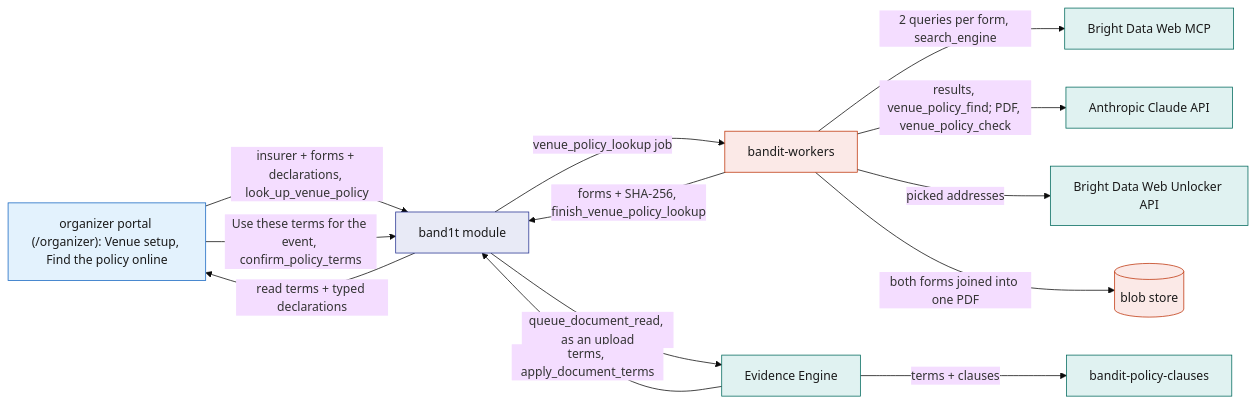
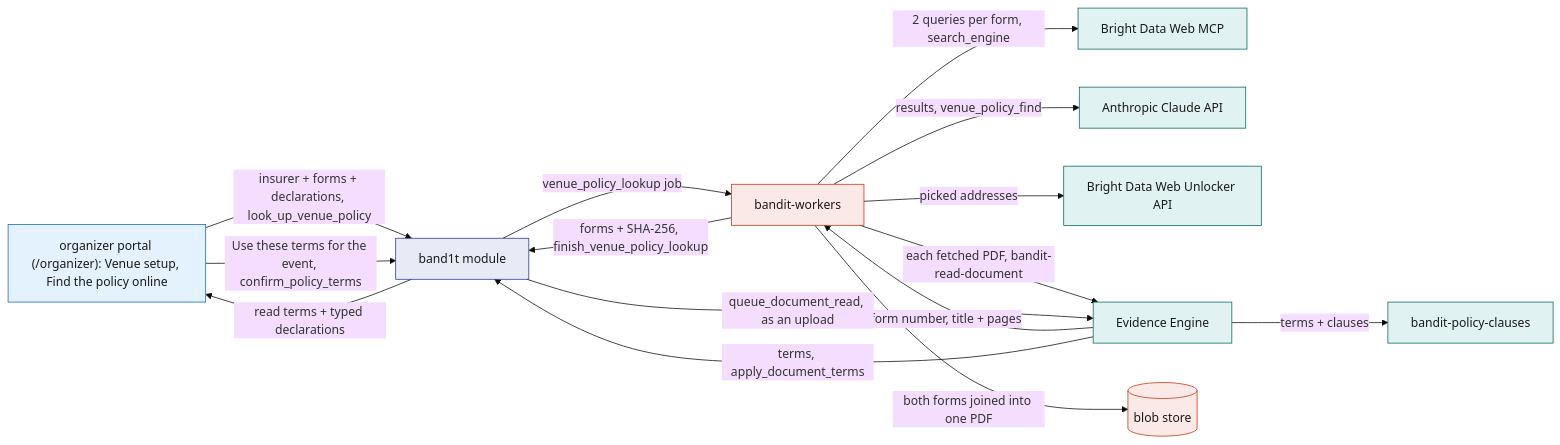
Before and after one commit to viktorinkov/cal-hacks-13: the sixth of 8 diagrams in System Design/7-integrations/Bright-Data.md, drawn with Mermaid (base theme). The commit also changed other lines of this file and 3 other files, not shown here.

Commit message:
design: the document reader checks what fetched plan and form PDFs print

````diff
--- a/System Design/7-integrations/Bright-Data.md
+++ b/System Design/7-integrations/Bright-Data.md
@@ -366,23 +370,25 @@
 ```mermaid
 flowchart LR
   ORG["organizer portal (/organizer): Venue setup, Find the policy online"] -->|"insurer + forms + declarations, look_up_venue_policy"| MOD["band1t module"]
   MOD -->|"venue_policy_lookup job"| W["bandit-workers"]
   W -->|"2 queries per form, search_engine"| MCP["Bright Data Web MCP"]
-  W -->|"results, venue_policy_find; PDF, venue_policy_check"| CL["Anthropic Claude API"]
+  W -->|"results, venue_policy_find"| CL["Anthropic Claude API"]
   W -->|"picked addresses"| WU["Bright Data Web Unlocker API"]
+  W -->|"each fetched PDF, bandit-read-document"| EE["Evidence Engine"]
+  EE -->|"form number, title + pages"| W
   W -->|"both forms joined into one PDF"| BLOB[("blob store")]
   W -->|"forms + SHA-256, finish_venue_policy_lookup"| MOD
   MOD -->|"queue_document_read, as an upload"| EE["Evidence Engine"]
   EE -->|"terms + clauses"| CLS["bandit-policy-clauses"]
   EE -->|"terms, apply_document_terms"| MOD
   MOD -->|"read terms + typed declarations"| ORG
   ORG -->|"Use these terms for the event, confirm_policy_terms"| MOD
   classDef ext fill:#E0F2F1,stroke:#00695C,color:#1A1A1A
   classDef web fill:#E3F2FD,stroke:#1565C0,color:#1A1A1A
   classDef stdb fill:#E8EAF6,stroke:#283593,color:#1A1A1A
   classDef rust fill:#FBE9E7,stroke:#BF360C,color:#1A1A1A
   class MCP,CL,WU,EE,CLS ext
   class ORG web
   class MOD stdb
   class W,BLOB rust
 ```
````
